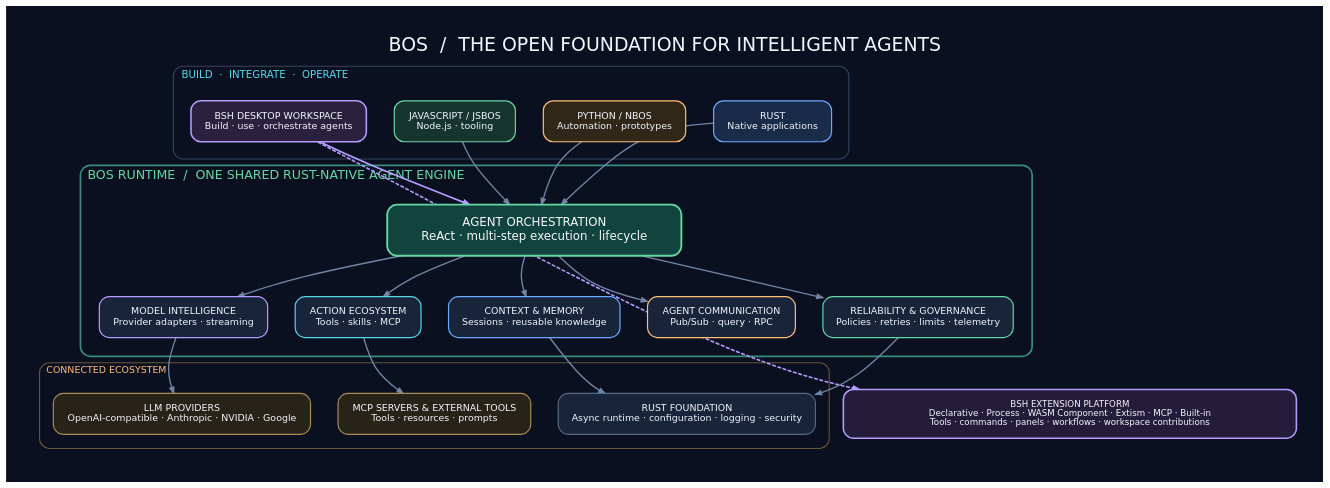
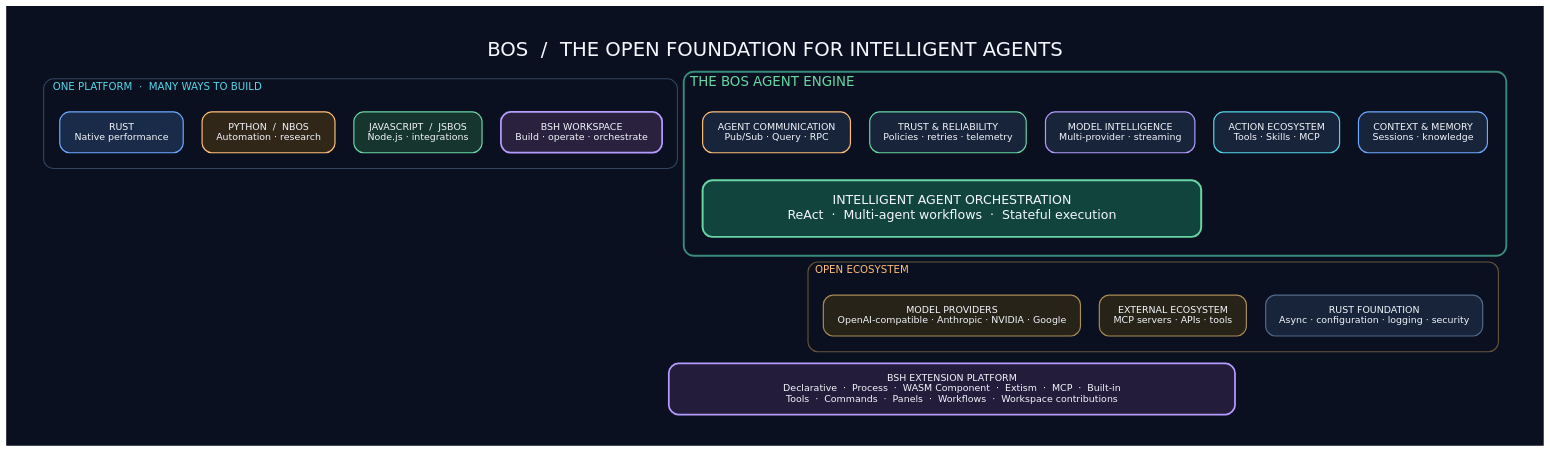
The diagram in docs/diagrams/bos-architecture.dot (open1s/bos), drawn with Graphviz before and after one commit. The commit also changed 2 other files, not shown here.

Commit message:
docs: redesign diagrams as presentation-style infographics (#83)
* docs: redesign diagrams as presentation-style capability infographics

* docs: redesign diagrams as presentation-style capability infographics

* docs: redesign diagrams as presentation-style capability infographics

```diff
--- a/docs/diagrams/bos-architecture.dot
+++ b/docs/diagrams/bos-architecture.dot
@@ -1,71 +1,29 @@
 digraph BOS {
-  graph [
-    bgcolor="#0B1020", pad="0.48", rankdir=TB,
-    nodesep="0.48", ranksep="0.72", splines=curved,
-    compound=true, newrank=true, outputorder=edgesfirst,
-    fontname="DejaVu Sans", label="BOS  /  THE OPEN FOUNDATION FOR INTELLIGENT AGENTS",
-    labelloc=t, fontsize=24, fontcolor="#F3F6FC"
-  ];
-  node [shape=box, style="rounded,filled", fontname="DejaVu Sans",
-    fontsize=12, margin="0.25,0.18", color="#405575",
-    fillcolor="#17243A", fontcolor="#F3F6FC", penwidth=1.5];
-  edge [color="#7186A5", penwidth=1.7, arrowsize=0.75];
-
-  subgraph cluster_experience {
-    label="BUILD  ·  INTEGRATE  ·  OPERATE";
-    labelloc=t; labeljust=l; fontsize=13; fontcolor="#55D6E8";
-    color="#34445F"; style="rounded"; penwidth=1.4; margin=22;
-    rust [label="RUST\nNative applications", color="#6EA8FE", fillcolor="#192B48"];
-    python [label="PYTHON / NBOS\nAutomation · prototypes", color="#FFBE78", fillcolor="#302719"];
-    javascript [label="JAVASCRIPT / JSBOS\nNode.js · tooling", color="#67D6A3", fillcolor="#17352F"];
-    bsh [label="BSH DESKTOP WORKSPACE\nBuild · use · orchestrate agents", color="#B69CFF", fillcolor="#29213E", penwidth=2];
-    {rank=same; rust; python; javascript; bsh;}
-  }
-
-  subgraph cluster_core {
-    label="BOS RUNTIME  /  ONE SHARED RUST-NATIVE AGENT ENGINE";
-    labelloc=t; labeljust=l; fontsize=16; fontcolor="#67D6A3";
-    color="#398B7B"; style="rounded"; penwidth=2.2; margin=24;
-
-    orchestration [label="AGENT ORCHESTRATION\nReAct · multi-step execution · lifecycle", fontsize=15,
-      fillcolor="#12443E", color="#67D6A3", penwidth=2.4, width=5.2, height=0.9];
-
-    models [label="MODEL INTELLIGENCE\nProvider adapters · streaming", color="#B69CFF"];
-    tools [label="ACTION ECOSYSTEM\nTools · skills · MCP", color="#55D6E8"];
-    context [label="CONTEXT & MEMORY\nSessions · reusable knowledge", color="#6EA8FE"];
-    messaging [label="AGENT COMMUNICATION\nPub/Sub · query · RPC", color="#FFBE78"];
-    governance [label="RELIABILITY & GOVERNANCE\nPolicies · retries · limits · telemetry", color="#67D6A3"];
-
-    {rank=same; models; tools; context;}
-    {rank=same; messaging; governance;}
-    orchestration -> models [dir=both, arrowtail=none];
-    orchestration -> tools [dir=both, arrowtail=none];
-    orchestration -> context [dir=both, arrowtail=none];
-    orchestration -> messaging [dir=both, arrowtail=none];
-    orchestration -> governance [dir=both, arrowtail=none];
-  }
-
-  subgraph cluster_ecosystem {
-    label="CONNECTED ECOSYSTEM";
-    labelloc=t; labeljust=l; fontsize=12; fontcolor="#FFBE78";
-    color="#66543A"; style="rounded"; penwidth=1.4; margin=18;
-    providers [label="LLM PROVIDERS\nOpenAI-compatible · Anthropic · NVIDIA · Google", fillcolor="#282318", color="#A88B55"];
-    mcp [label="MCP SERVERS & EXTERNAL TOOLS\nTools · resources · prompts", fillcolor="#282318", color="#A88B55"];
-    platform [label="RUST FOUNDATION\nAsync runtime · configuration · logging · security", fillcolor="#17243A", color="#536987"];
-    {rank=same; providers; mcp; platform;}
-  }
-
-  extensions [label="BSH EXTENSION PLATFORM\nDeclarative · Process · WASM Component · Extism · MCP · Built-in\nTools · commands · panels · workflows · workspace contributions",
-    fillcolor="#241C3B", color="#B69CFF", penwidth=2, fontsize=11, width=8.0];
-
-  rust -> orchestration;
-  python -> orchestration;
-  javascript -> orchestration;
-  bsh -> orchestration [penwidth=2.2, color="#B69CFF"];
-  models -> providers;
-  tools -> mcp;
-  context -> platform;
-  governance -> platform;
-  bsh -> extensions [style=dashed, color="#B69CFF", penwidth=2, constraint=false];
-  {rank=same; extensions; platform;}
+ graph [bgcolor="#0B1020",pad="0.55",rankdir=TB,nodesep="0.34",ranksep="0.48",splines=none,newrank=true,outputorder=edgesfirst,fontname="DejaVu Sans",label="BOS  /  THE OPEN FOUNDATION FOR INTELLIGENT AGENTS",labelloc=t,fontsize=25,fontcolor="#F3F6FC"];
+ node [shape=box,style="rounded,filled",fontname="DejaVu Sans",fontsize=12,margin="0.25,0.18",color="#405575",fillcolor="#17243A",fontcolor="#F3F6FC",penwidth=1.5];
+ edge [style=invis,weight=30];
+ subgraph cluster_surfaces {label="ONE PLATFORM  ·  MANY WAYS TO BUILD";labelloc=t;labeljust=l;fontsize=13;fontcolor="#55D6E8";color="#34445F";style="rounded";penwidth=1.4;margin=20;
+ rust [label="RUST\nNative performance",color="#6EA8FE",fillcolor="#192B48"];
+ python [label="PYTHON  /  NBOS\nAutomation · research",color="#FFBE78",fillcolor="#302719"];
+ js [label="JAVASCRIPT  /  JSBOS\nNode.js · integrations",color="#67D6A3",fillcolor="#17352F"];
+ bsh [label="BSH WORKSPACE\nBuild · operate · orchestrate",color="#B69CFF",fillcolor="#29213E",penwidth=2.2];
+ {rank=same;rust;python;js;bsh;} rust -> python -> js -> bsh;
+ }
+ subgraph cluster_engine {label="THE BOS AGENT ENGINE";labelloc=t;labeljust=l;fontsize=17;fontcolor="#67D6A3";color="#398B7B";style="rounded";penwidth=2.4;margin=24;
+ core [label="INTELLIGENT AGENT ORCHESTRATION\nReAct  ·  Multi-agent workflows  ·  Stateful execution",fontsize=16,width=8.8,height=1.0,fillcolor="#12443E",color="#67D6A3",penwidth=2.5];
+ models [label="MODEL INTELLIGENCE\nMulti-provider · streaming",color="#B69CFF"];
+ actions [label="ACTION ECOSYSTEM\nTools · Skills · MCP",color="#55D6E8"];
+ memory [label="CONTEXT & MEMORY\nSessions · knowledge",color="#6EA8FE"];
+ messaging [label="AGENT COMMUNICATION\nPub/Sub · Query · RPC",color="#FFBE78"];
+ governance [label="TRUST & RELIABILITY\nPolicies · retries · telemetry",color="#67D6A3"];
+ {rank=same;models;actions;memory;} {rank=same;messaging;governance;} models -> actions -> memory; messaging -> governance;
+ }
+ subgraph cluster_ecosystem {label="OPEN ECOSYSTEM";labelloc=t;labeljust=l;fontsize=13;fontcolor="#FFBE78";color="#66543A";style="rounded";penwidth=1.4;margin=20;
+ providers [label="MODEL PROVIDERS\nOpenAI-compatible · Anthropic · NVIDIA · Google",color="#A88B55",fillcolor="#282318"];
+ mcp [label="EXTERNAL ECOSYSTEM\nMCP servers · APIs · tools",color="#A88B55",fillcolor="#282318"];
+ foundation [label="RUST FOUNDATION\nAsync · configuration · logging · security",color="#536987"];
+ {rank=same;providers;mcp;foundation;} providers -> mcp -> foundation;
+ }
+ extensions [label="BSH EXTENSION PLATFORM\nDeclarative  ·  Process  ·  WASM Component  ·  Extism  ·  MCP  ·  Built-in\nTools  ·  Commands  ·  Panels  ·  Workflows  ·  Workspace contributions",fillcolor="#241C3B",color="#B69CFF",penwidth=2.2,fontsize=12,width=10.0,height=0.9];
+ rust -> core; core -> providers; providers -> extensions;
 }
```
